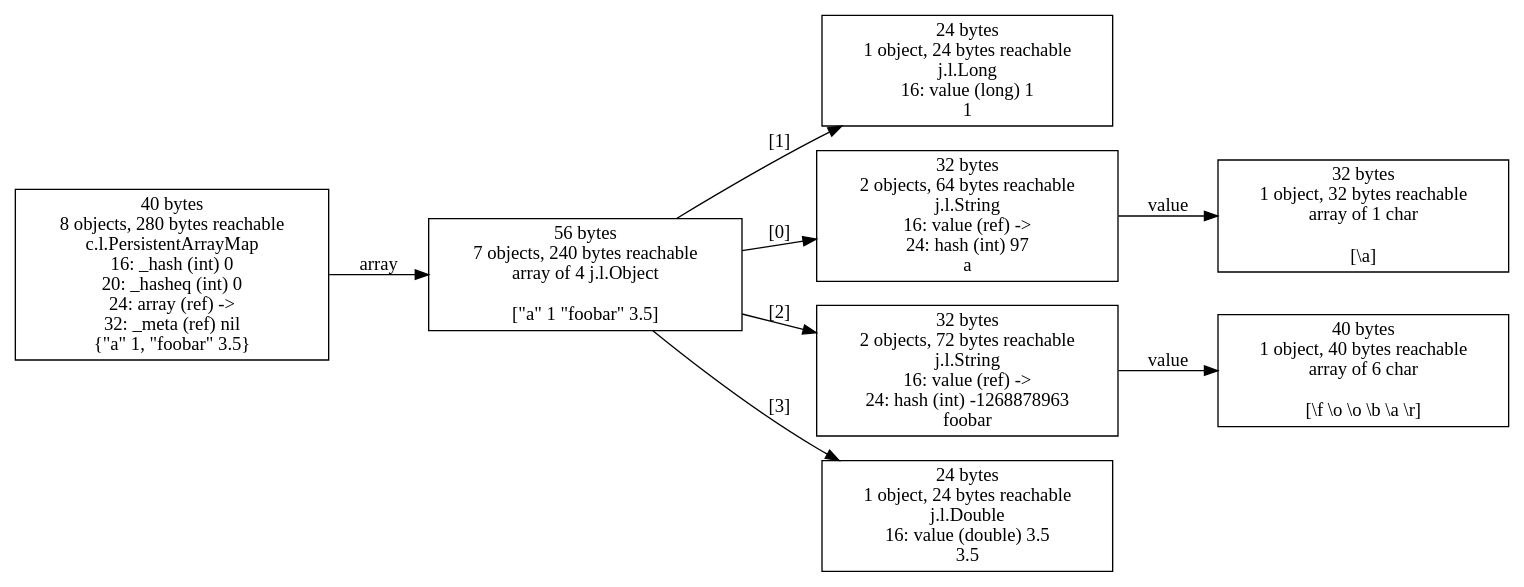
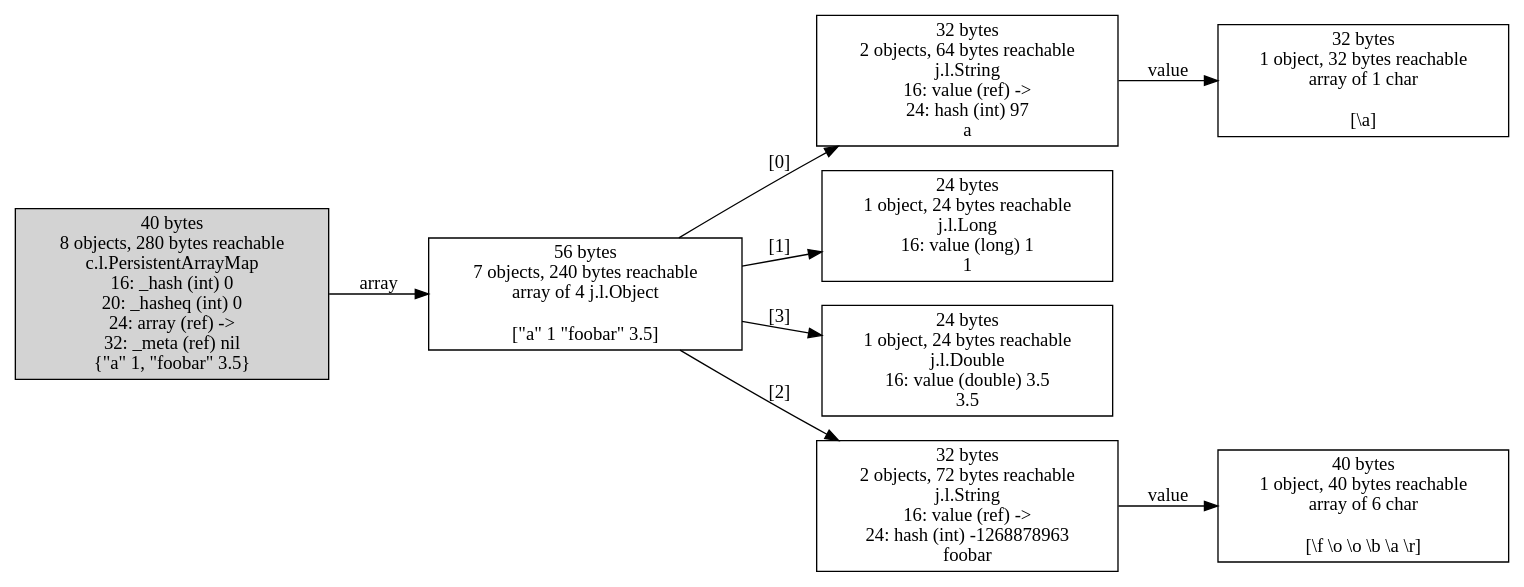
Before and after one commit to jafingerhut/cljol: the diagram in doc/images/compressed-oops-disabled/map2-Linux-4.15.0-54-jdk-Oracle-1.8.0_192-clj-1.10.1.dot, drawn with Graphviz. The commit also changed 13 other files, not shown here.

```diff
--- a/doc/images/compressed-oops-disabled/map2-Linux-4.15.0-54-jdk-Oracle-1.8.0_192-clj-1.10.1.dot
+++ b/doc/images/compressed-oops-disabled/map2-Linux-4.15.0-54-jdk-Oracle-1.8.0_192-clj-1.10.1.dot
@@ -1,55 +1,55 @@
 digraph {
 graph [layout=dot,rankdir=LR];
-"140321209548904" [label="24 bytes
-1 object, 24 bytes reachable
-j.l.Long
-16: value (long) 1
-1",shape=box];
-"140321209562432" [label="32 bytes
+"139970762538760" ["scc-num-nodes"=1,label="32 bytes
 2 objects, 64 bytes reachable
 j.l.String
 16: value (ref) ->
 24: hash (int) 97
 a",shape=box];
-"140321209562464" [label="32 bytes
+"139970762538792" ["scc-num-nodes"=1,label="32 bytes
 1 object, 32 bytes reachable
 array of 1 char
 
 [\\a]",shape=box];
-"140322048228496" [label="32 bytes
-2 objects, 72 bytes reachable
-j.l.String
-16: value (ref) ->
-24: hash (int) -1268878963
-foobar",shape=box];
-"140322048228528" [label="40 bytes
-1 object, 40 bytes reachable
-array of 6 char
-
-[\\f \\o \\o \\b \\a \\r]",shape=box];
-"140322052595408" [label="56 bytes
-7 objects, 240 bytes reachable
-array of 4 j.l.Object
-
-[\"a\" 1 \"foobar\" 3.5]",shape=box];
-"140322052596096" [label="24 bytes
+"139970762943576" ["scc-num-nodes"=1,label="24 bytes
 1 object, 24 bytes reachable
-j.l.Double
-16: value (double) 3.5
-3.5",shape=box];
-"140322052596120" [label="40 bytes
+j.l.Long
+16: value (long) 1
+1",shape=box];
+"139970771388416" ["scc-num-nodes"=1,style=filled,label="40 bytes
 8 objects, 280 bytes reachable
 c.l.PersistentArrayMap
 16: _hash (int) 0
 20: _hasheq (int) 0
 24: array (ref) ->
 32: _meta (ref) nil
 {\"a\" 1, \"foobar\" 3.5}",shape=box];
-"140321209562432" -> "140321209562464" ["field-name"=value,label=value];
-"140322048228496" -> "140322048228528" ["field-name"=value,label=value];
-"140322052595408" -> "140321209562432" ["field-name"="[0]",label="[0]"];
-"140322052595408" -> "140321209548904" ["field-name"="[1]",label="[1]"];
-"140322052595408" -> "140322048228496" ["field-name"="[2]",label="[2]"];
-"140322052595408" -> "140322052596096" ["field-name"="[3]",label="[3]"];
-"140322052596120" -> "140322052595408" ["field-name"=array,label=array];
+"139970771388456" ["scc-num-nodes"=1,label="56 bytes
+7 objects, 240 bytes reachable
+array of 4 j.l.Object
+
+[\"a\" 1 \"foobar\" 3.5]",shape=box];
+"139970771388512" ["scc-num-nodes"=1,label="24 bytes
+1 object, 24 bytes reachable
+j.l.Double
+16: value (double) 3.5
+3.5",shape=box];
+"139970771388536" ["scc-num-nodes"=1,label="32 bytes
+2 objects, 72 bytes reachable
+j.l.String
+16: value (ref) ->
+24: hash (int) -1268878963
+foobar",shape=box];
+"139970771388568" ["scc-num-nodes"=1,label="40 bytes
+1 object, 40 bytes reachable
+array of 6 char
+
+[\\f \\o \\o \\b \\a \\r]",shape=box];
+"139970762538760" -> "139970762538792" ["field-name"=value,label=value];
+"139970771388416" -> "139970771388456" ["field-name"=array,label=array];
+"139970771388456" -> "139970762538760" ["field-name"="[0]",label="[0]"];
+"139970771388456" -> "139970762943576" ["field-name"="[1]",label="[1]"];
+"139970771388456" -> "139970771388536" ["field-name"="[2]",label="[2]"];
+"139970771388456" -> "139970771388512" ["field-name"="[3]",label="[3]"];
+"139970771388536" -> "139970771388568" ["field-name"=value,label=value];
 } 
```
